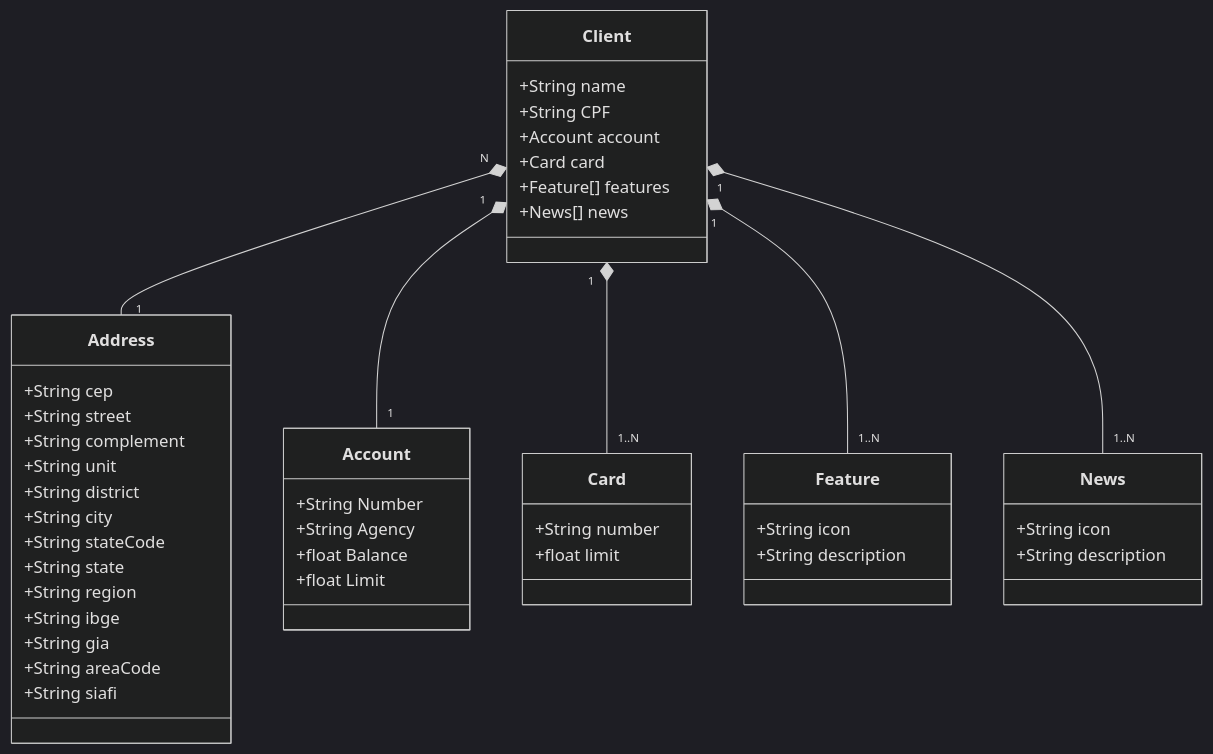
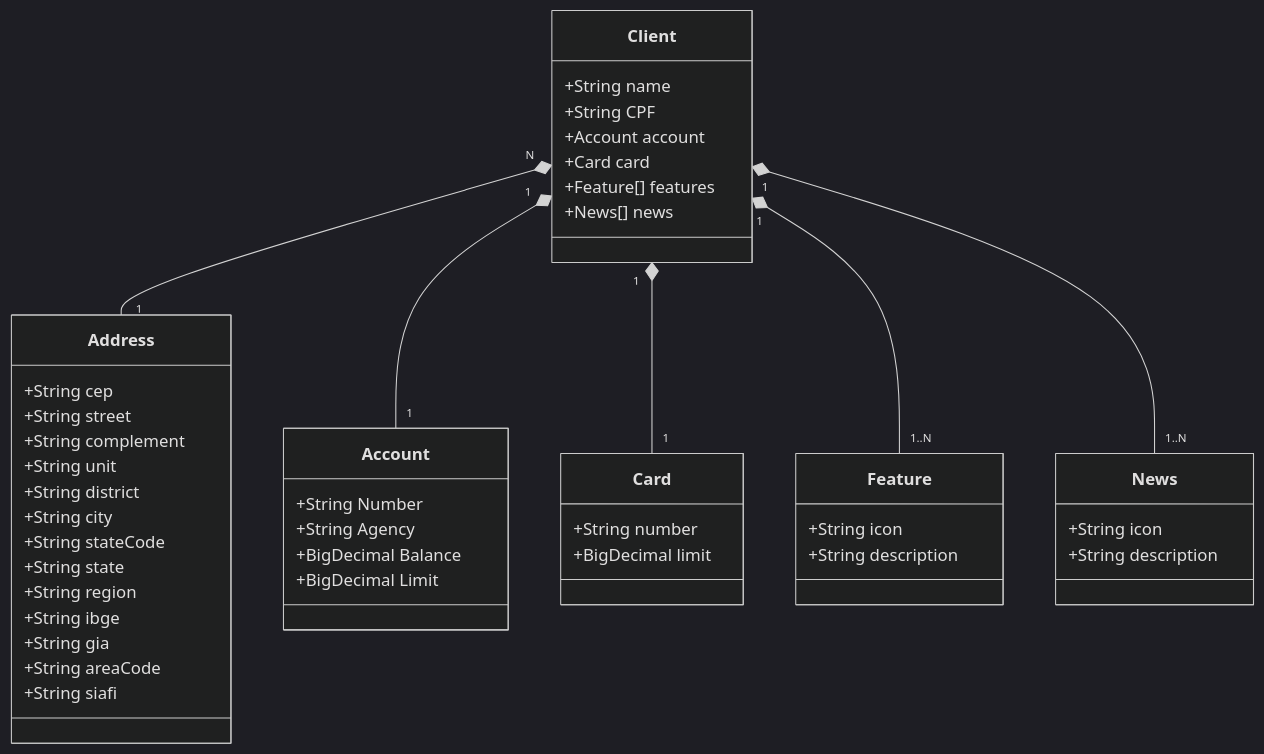
The diagram in README.md (Anderson-G-Silva/santander-dev-week-2025), drawn with Mermaid (dark theme) before and after one commit.

Commit message:
Change float types to BigDecimal in README

````diff
--- a/README.md
+++ b/README.md
@@ -6,55 +6,55 @@
 ```mermaid
 classDiagram
     class Client {
         +String name
         +String CPF
         +Account account
         +Card card
         +Feature[] features
         +News[] news
     }
 
     class Address {
         +String cep
         +String street
         +String complement
         +String unit
         +String district
         +String city
         +String stateCode
         +String state
         +String region
         +String ibge
         +String gia
         +String areaCode
         +String siafi
     }
 
     class Account {
         +String Number
         +String Agency
-        +float Balance
-        +float Limit
+        +BigDecimal Balance
+        +BigDecimal Limit
     }
 
     class Card {
         +String number
-        +float limit
+        +BigDecimal limit
     }
 
     class Feature {
         +String icon
         +String description
     }
 
     class News {
         +String icon
         +String description
     }
 
     Client "N" *-- "1" Address
     Client "1" *-- "1" Account
-    Client "1" *-- "1..N" Card
+    Client "1" *-- "1" Card
     Client "1" *-- "1..N" Feature
     Client "1" *-- "1..N" News
 ```
````
